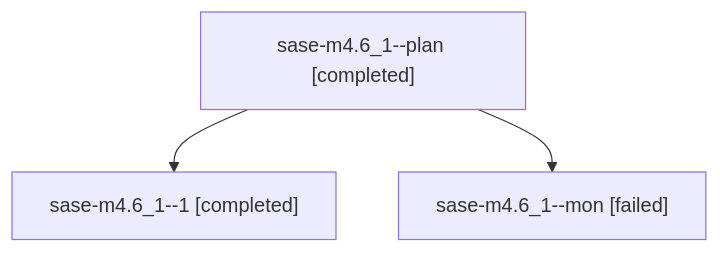
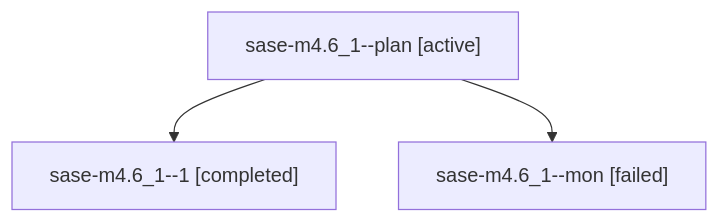
The diagram in families/bbugyi200.athena.sase-m4.6_1.md (sase-org/sase--agents), drawn with Mermaid before and after one commit. The commit also changed other lines of this file and 35830 other files, not shown here.

````diff
--- a/families/bbugyi200.athena.sase-m4.6_1.md
+++ b/families/bbugyi200.athena.sase-m4.6_1.md
@@ -9,8 +9,8 @@
 ```mermaid
 flowchart TD
-  n0["sase-m4.6_1--plan [completed]"]
+  n0["sase-m4.6_1--plan [active]"]
   n1["sase-m4.6_1--1 [completed]"]
   n0 --> n1
   n2["sase-m4.6_1--mon [failed]"]
   n0 --> n2
 ```
````
